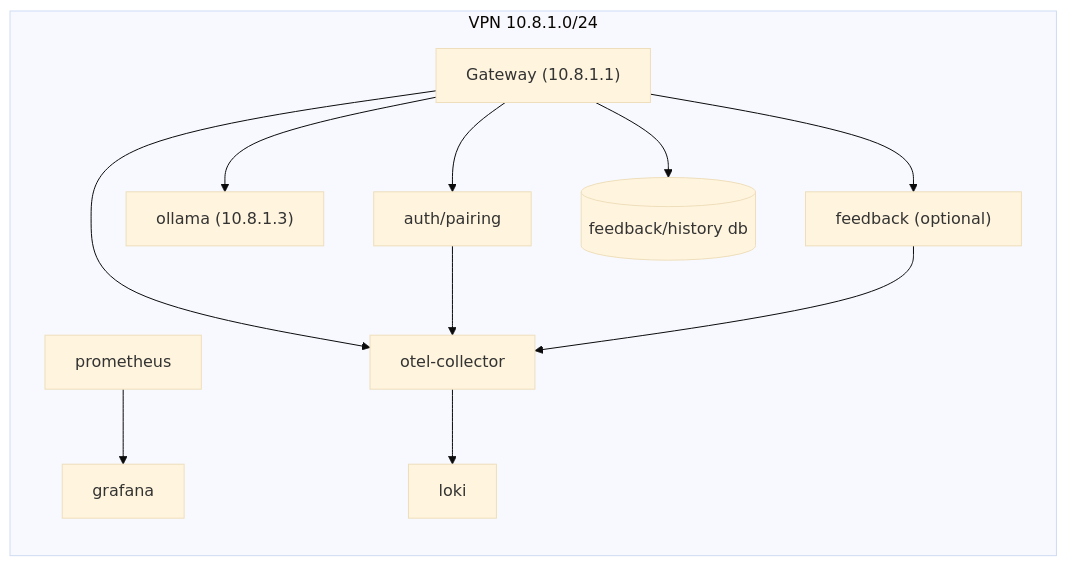
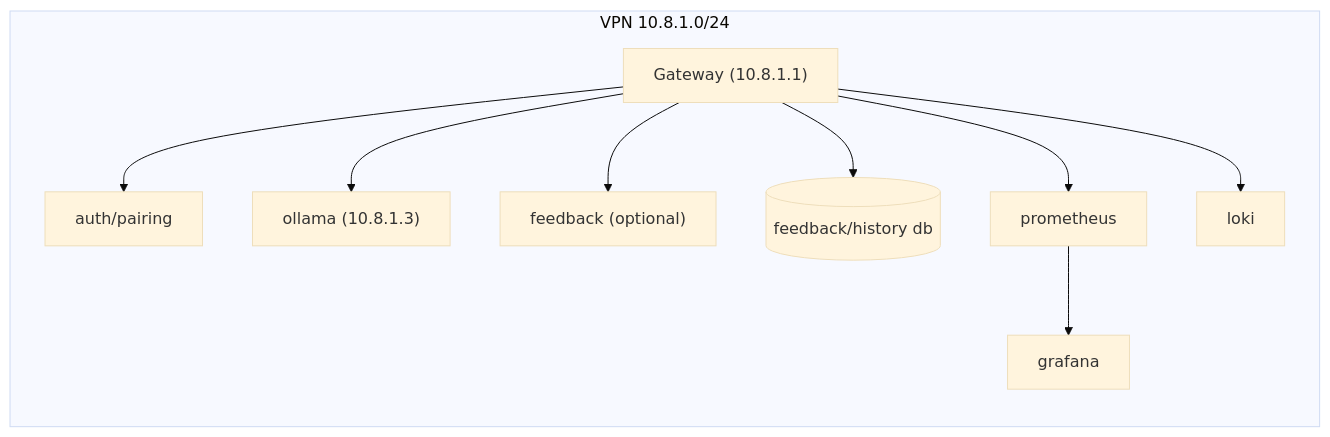
Before and after one commit to PavelGem-13g/mobile-application-development: the fourth of 4 diagrams in src/docs/architecture.md, drawn with Mermaid (base theme). The commit also changed other lines of this file and 7 other files, not shown here.

````diff
--- a/src/docs/architecture.md
+++ b/src/docs/architecture.md
@@ -111,24 +112,21 @@
 ```mermaid
 flowchart LR
   subgraph VPNNet["VPN 10.8.1.0/24"]
     BFF["Gateway (10.8.1.1)"]
     Auth["auth/pairing"]
     Ollama["ollama (10.8.1.3)"]
     FB["feedback (optional)"]
     DB[("feedback/history db")]
-    OTel["otel-collector"]
     Prom["prometheus"]
     Graf["grafana"]
     Loki["loki"]
   end
 
   BFF --> Auth
   BFF --> Ollama
   BFF --> FB
   BFF --> DB
-  BFF --> OTel
-  Auth --> OTel
-  FB --> OTel
+  BFF --> Prom
   Prom --> Graf
-  OTel --> Loki
+  BFF --> Loki
 ```
````
